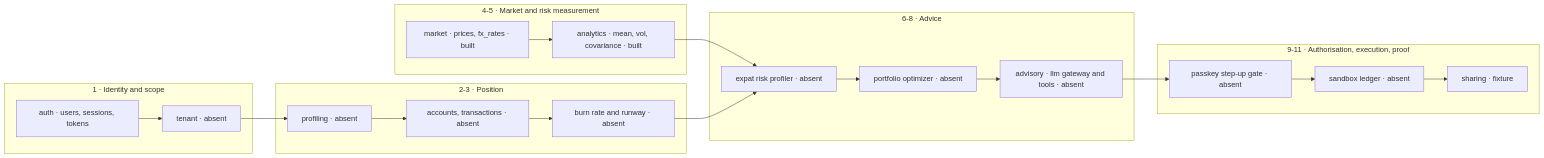
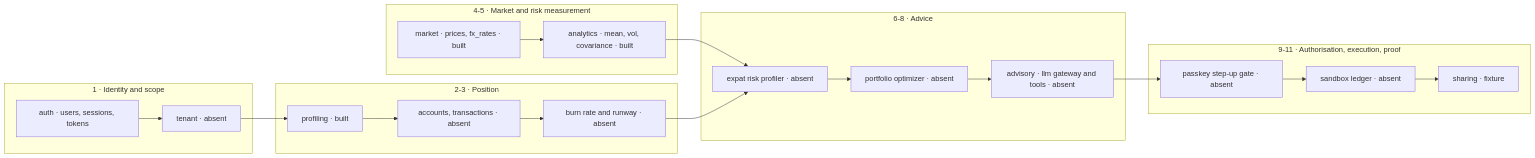
One commit to Nikhil-Mundhra/Wealth-Advisor changed the first of 2 diagrams in docs/domain/advisory-pipeline.md. Above: the diagram before and after it, drawn with Mermaid. The commit also changed other lines of this file and 31 other files, not shown here.

````diff
--- a/docs/domain/advisory-pipeline.md
+++ b/docs/domain/advisory-pipeline.md
@@ -10,32 +10,32 @@
 ```mermaid
 flowchart LR
   subgraph identity[1 · Identity and scope]
     auth[auth · users, sessions, tokens]
     tenant[tenant · absent]
   end
   subgraph personal[2-3 · Position]
-    profile[profiling · absent]
+    profile[profiling · built]
     accounts[accounts, transactions · absent]
     burn[burn rate and runway · absent]
   end
   subgraph market[4-5 · Market and risk measurement]
     ingest[market · prices, fx_rates · built]
     stats[analytics · mean, vol, covariance · built]
   end
   subgraph advice[6-8 · Advice]
     risk[expat risk profiler · absent]
     optim[portfolio optimizer · absent]
     llm[advisory · llm gateway and tools · absent]
   end
   subgraph action[9-11 · Authorisation, execution, proof]
     passkey[passkey step-up gate · absent]
     ledger[sandbox ledger · absent]
     share[sharing · fixture]
   end
   auth --> tenant --> profile
   profile --> accounts --> burn
   ingest --> stats --> risk
   burn --> risk
   risk --> optim --> llm
   llm --> passkey --> ledger --> share
 ```
````
